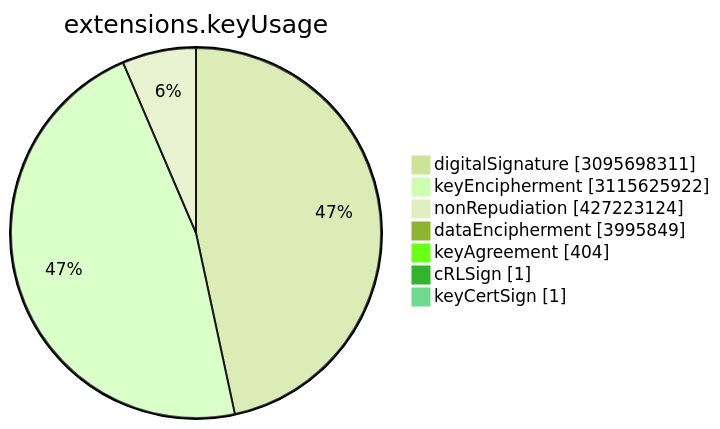
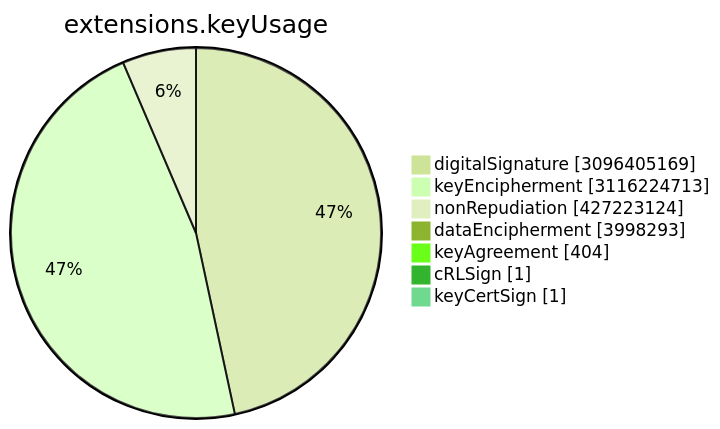
Before and after one commit to christiankrug/ctmonitor_visualization: the sixth of 15 diagrams in TOTAL/README.md, drawn with Mermaid (forest theme). The commit also changed other lines of this file, not shown here.

````diff
--- a/TOTAL/README.md
+++ b/TOTAL/README.md
@@ -3077,11 +3077,11 @@
 ```mermaid
 pie showData
 title extensions.keyUsage
-"digitalSignature" :3095698311
-"keyEncipherment" :3115625922
+"digitalSignature" :3096405169
+"keyEncipherment" :3116224713
 "nonRepudiation" :427223124
-"dataEncipherment" :3995849
+"dataEncipherment" :3998293
 "keyAgreement" :404
 "cRLSign" :1
 "keyCertSign" :1
 ```
````
